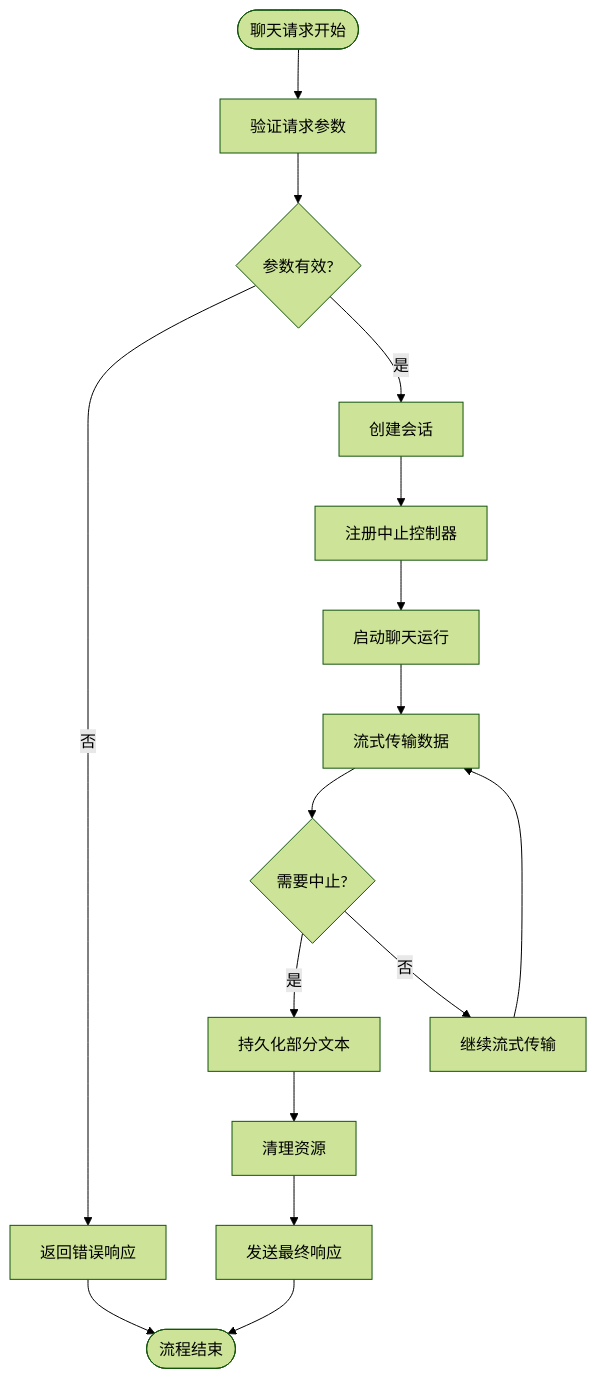
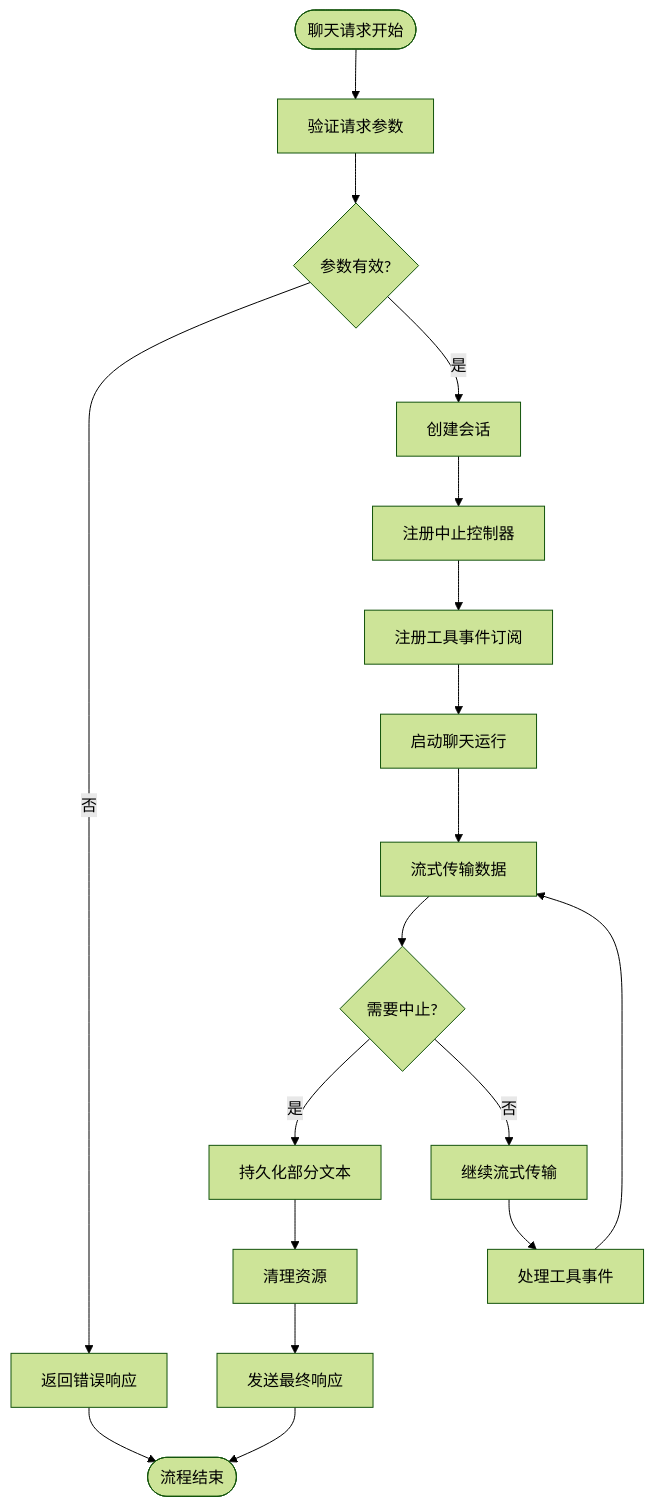
One commit to verse-ai-org/openclaw changed the third of 15 diagrams in .qoder/repowiki/zh/content/Web界面/WebChat界面/聊天运行时提供者增强.md. Above: the diagram before and after it, drawn with Mermaid (forest theme). The commit also changed other lines of this file and 23 other files, not shown here.

````diff
--- a/.qoder/repowiki/zh/content/Web界面/WebChat界面/聊天运行时提供者增强.md
+++ b/.qoder/repowiki/zh/content/Web界面/WebChat界面/聊天运行时提供者增强.md
@@ -149,18 +189,20 @@
 ```mermaid
 flowchart TD
 Start([聊天请求开始]) --> Validate["验证请求参数"]
 Validate --> Valid{"参数有效?"}
 Valid --> |否| ErrorResponse["返回错误响应"]
 Valid --> |是| CreateSession["创建会话"]
 CreateSession --> RegisterAbort["注册中止控制器"]
-RegisterAbort --> StartRun["启动聊天运行"]
+RegisterAbort --> RegisterToolEvents["注册工具事件订阅"]
+RegisterToolEvents --> StartRun["启动聊天运行"]
 StartRun --> StreamData["流式传输数据"]
 StreamData --> CheckAbort{"需要中止?"}
 CheckAbort --> |是| PersistPartial["持久化部分文本"]
 CheckAbort --> |否| ContinueStream["继续流式传输"]
-ContinueStream --> StreamData
+ContinueStream --> ToolEvents["处理工具事件"]
+ToolEvents --> StreamData
 PersistPartial --> Cleanup["清理资源"]
 Cleanup --> FinalResponse["发送最终响应"]
 ErrorResponse --> End([流程结束])
 FinalResponse --> End
 ```
````
